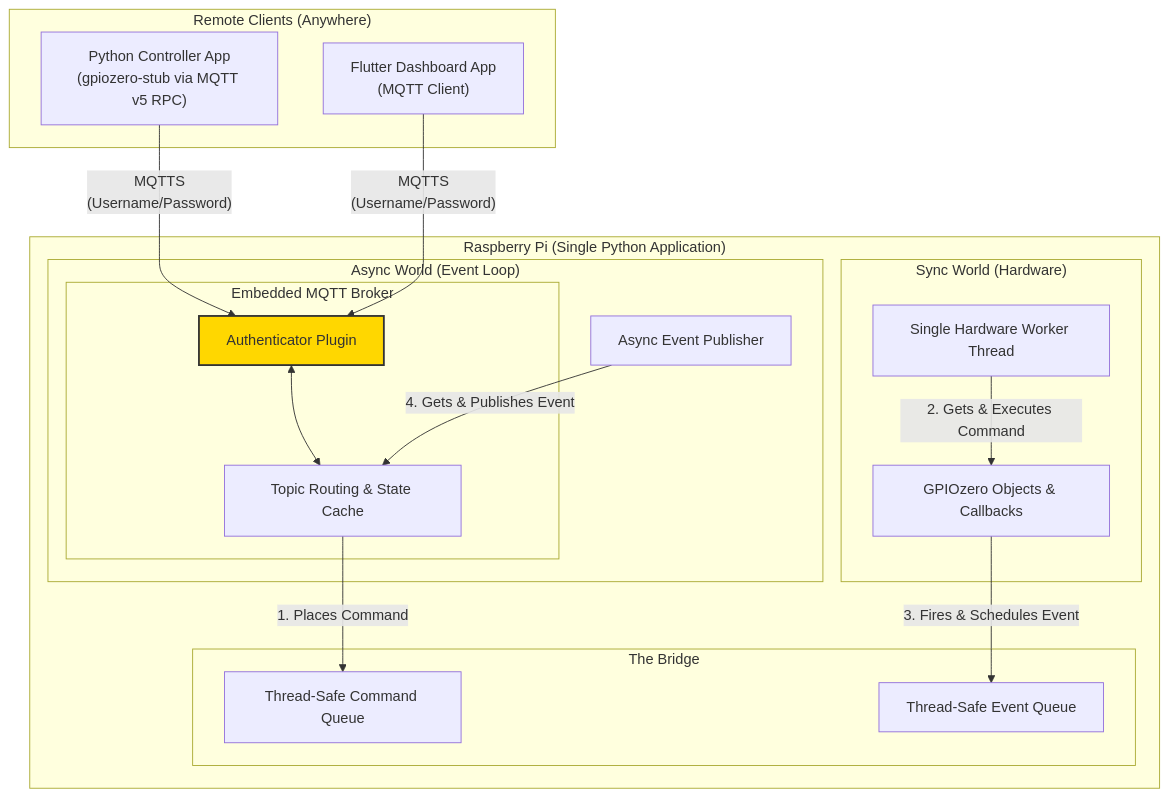
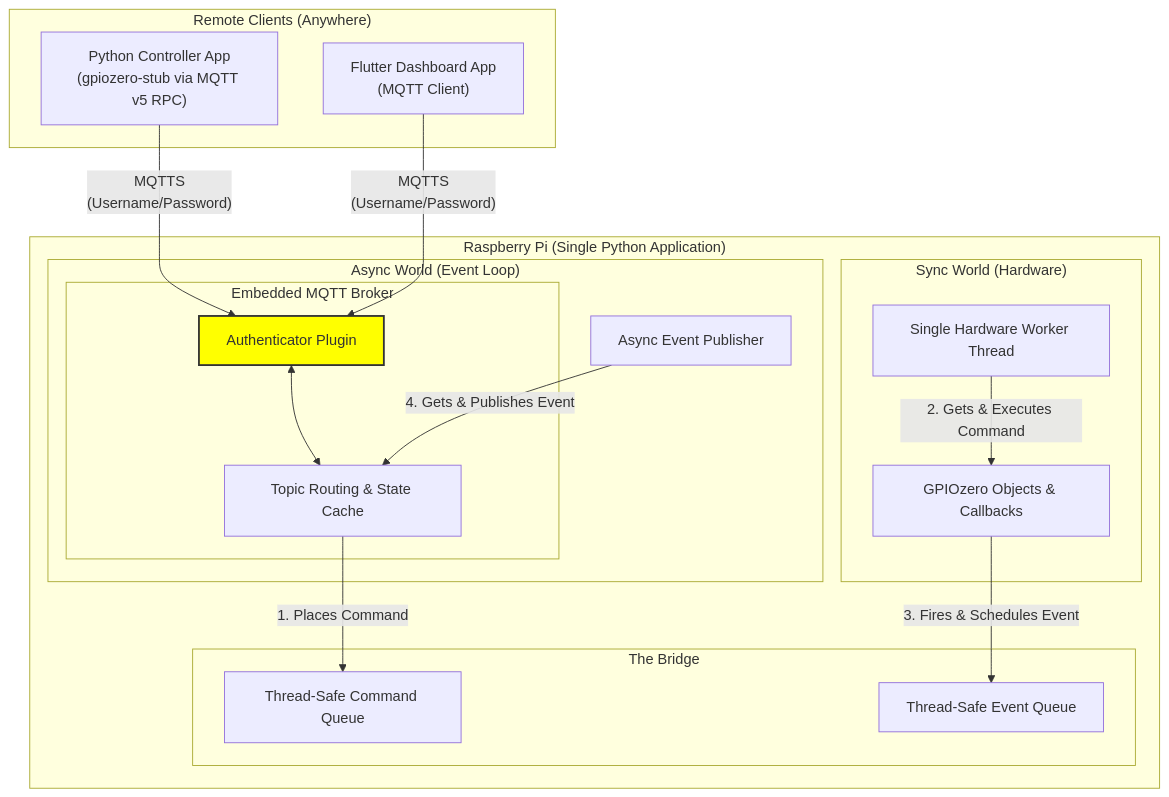
One commit to freudenfranz/raspberry_monitor changed the diagram in README.md. Above: the diagram before and after it, drawn with Mermaid. The commit also changed other lines of this file and 33 other files, not shown here.

````diff
--- a/README.md
+++ b/README.md
@@ -174,38 +125,38 @@
 ```mermaid
 graph TD
     subgraph "Remote Clients (Anywhere)"
         A["Python Controller App<br>(gpiozero-stub via MQTT v5 RPC)"]
         B["Flutter Dashboard App<br>(MQTT Client)"]
     end
 
     subgraph "Raspberry Pi (Single Python Application)"
         subgraph "Async World (Event Loop)"
             subgraph "Embedded MQTT Broker"
                 C["Topic Routing & State Cache"]
                 J["Authenticator Plugin"]
             end
             G["Async Event Publisher"]
         end
         
         subgraph "The Bridge"
             H["Thread-Safe Command Queue"]
             I["Thread-Safe Event Queue"]
         end
 
         subgraph "Sync World (Hardware)"
             D["Single Hardware Worker Thread"]
             E["GPIOzero Objects & Callbacks"]
         end
     end
 
     A -- "MQTTS<br>(Username/Password)" --> J
     B -- "MQTTS<br>(Username/Password)" --> J
     J <--> C
 
     C -->|"1. Places Command"| H
     D -->|"2. Gets & Executes Command"| E
     E -->|"3. Fires & Schedules Event"| I
     G -->|"4. Gets & Publishes Event"| C
     
-    style J fill:#FFD700,stroke:#333,stroke-width:2px
+    style J fill:#FFFF00,stroke:#333,stroke-width:2px
 ```
````
